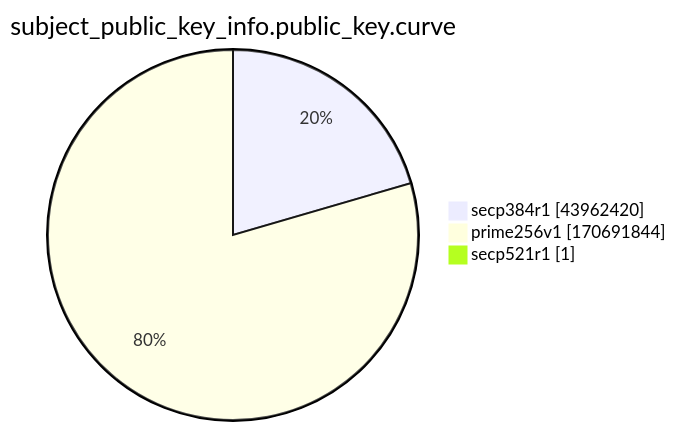
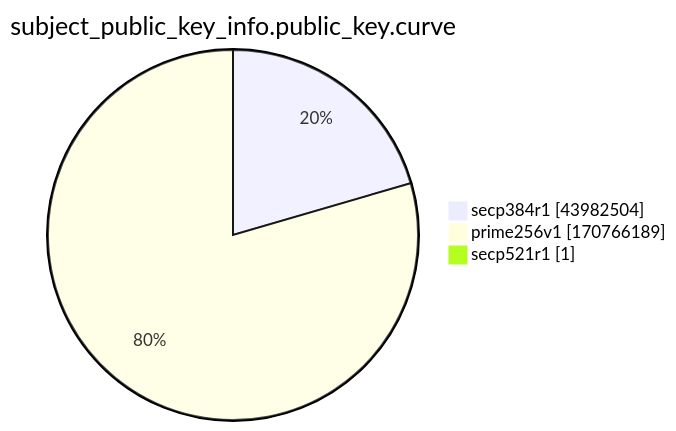
Before and after one commit to christiankrug/ctmonitor_visualization: the ninth of 15 diagrams in xenon2022/README.md, drawn with Mermaid. The commit also changed other lines of this file, not shown here.

````diff
--- a/xenon2022/README.md
+++ b/xenon2022/README.md
@@ -2871,7 +2871,7 @@
 ```mermaid
 pie showData
 title subject_public_key_info.public_key.curve
-"secp384r1" :43962420
-"prime256v1" :170691844
+"secp384r1" :43982504
+"prime256v1" :170766189
 "secp521r1" :1
 ```
````
